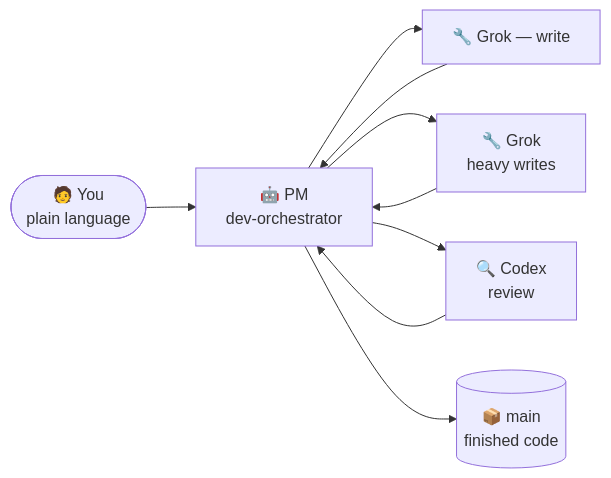
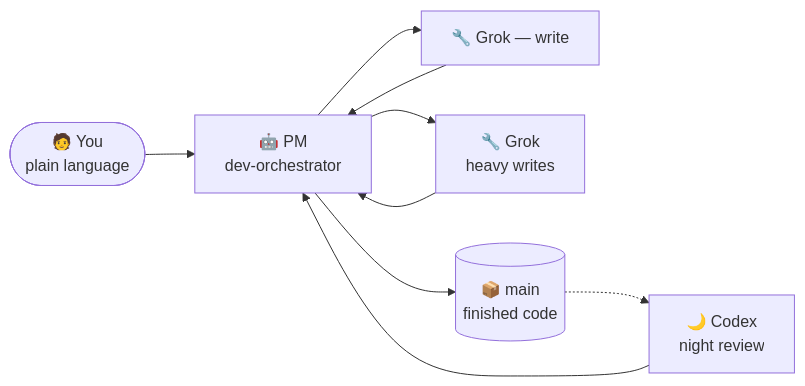
The diagram in docs/BEGINNER.md (VKirill/claude-lane-stack), drawn with Mermaid before and after one commit. The commit also changed other lines of this file and 49 other files, not shown here.

````diff
--- a/docs/BEGINNER.md
+++ b/docs/BEGINNER.md
@@ -20,11 +20,11 @@
 ```mermaid
 flowchart LR
     You(["🧑 You<br/>plain language"]) --> PM["🤖 PM<br/>dev-orchestrator"]
     PM --> W1["🔧 Grok — write"]
     PM --> W2["🔧 Grok<br/>heavy writes"]
-    PM --> W3["🔍 Codex<br/>review"]
+    Main -.-> W3["🌙 Codex<br/>night review"]
     W1 --> PM
     W2 --> PM
     W3 --> PM
     PM --> Main[("📦 main<br/>finished code")]
 ```
````
